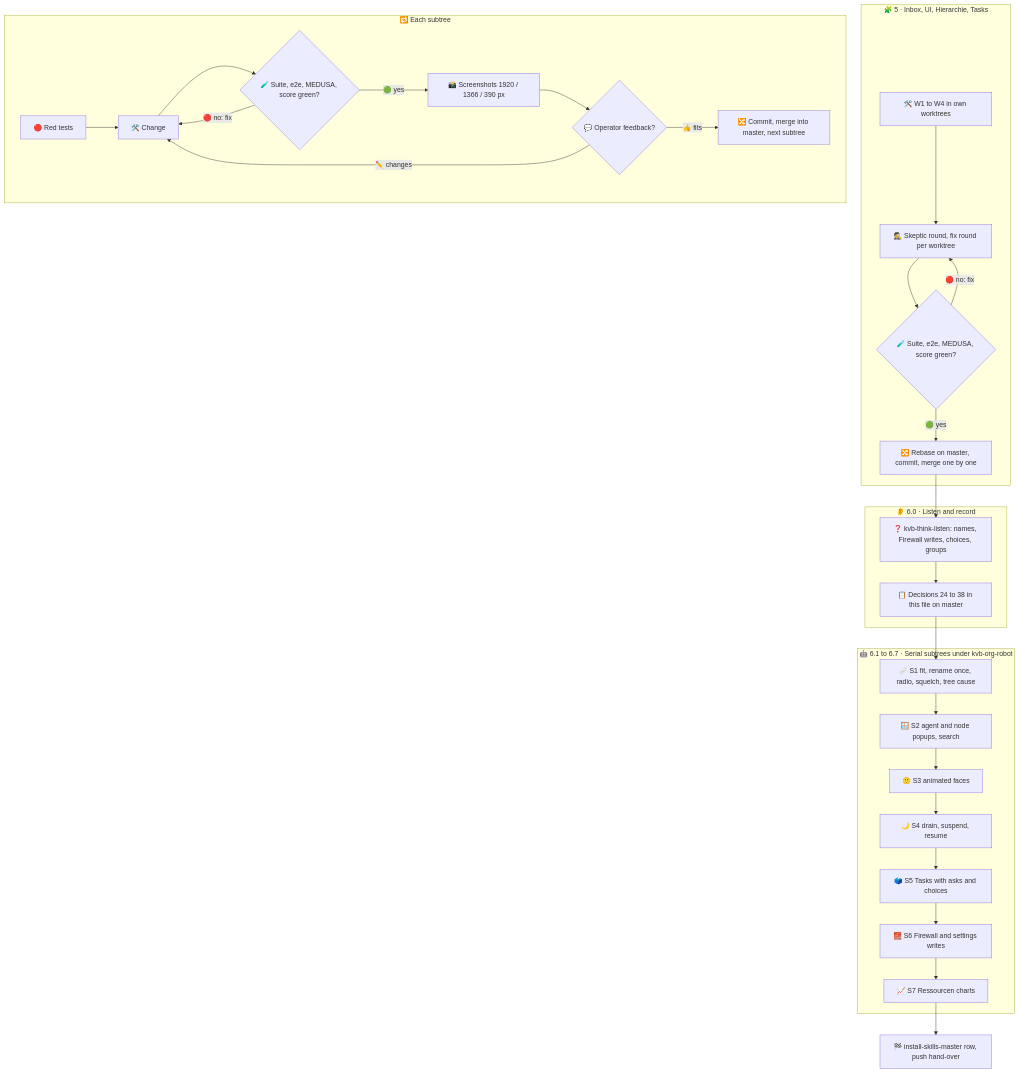
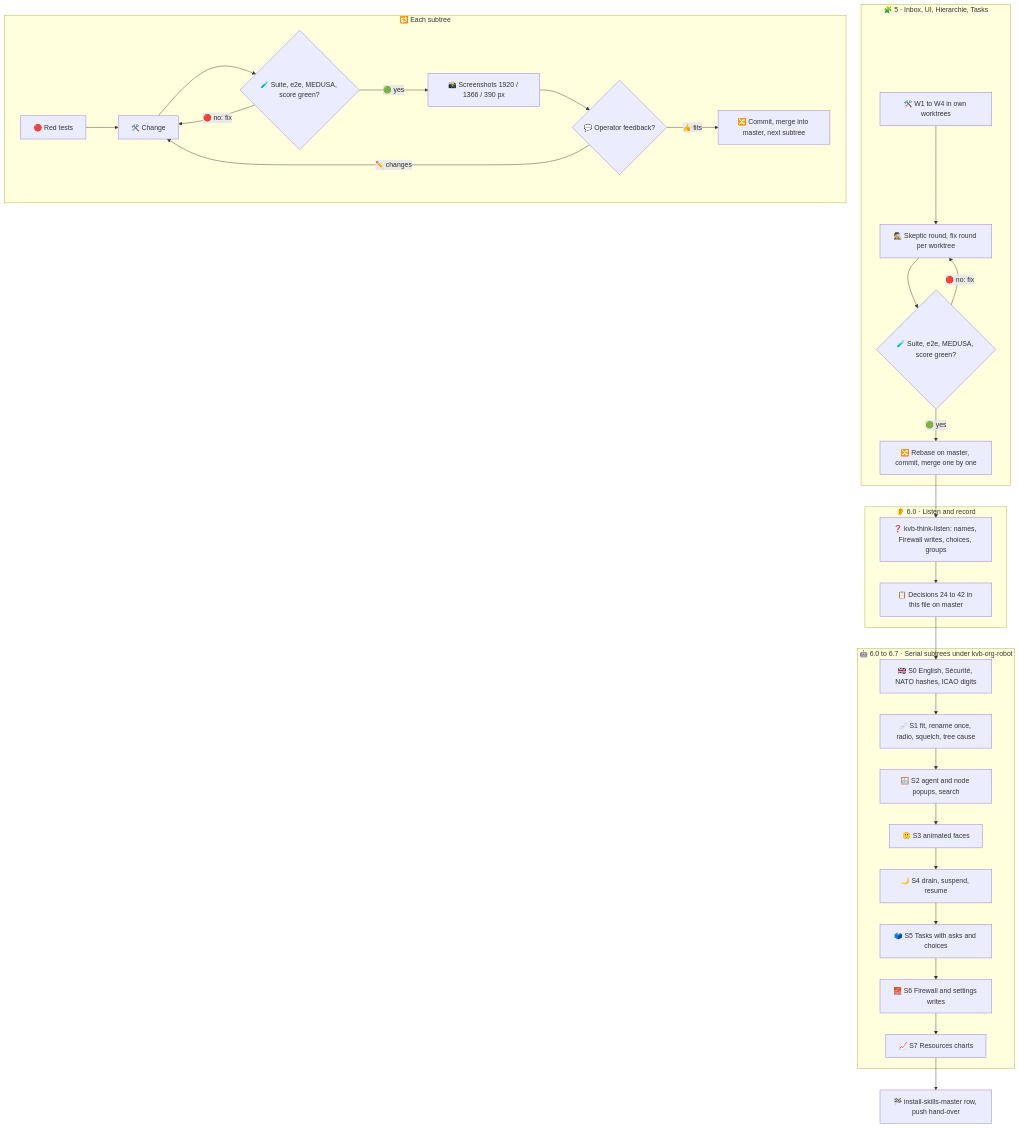
Before and after one commit to kevinveenbirkenbach/skills: the second of 2 diagrams in docs/requirements/001-agent-orchestrator.md, drawn with Mermaid. The commit also changed other lines of this file, not shown here.

First line of the commit message:
docs(requirements): add English and radio speech as subtree S0 of 001

````diff
--- a/docs/requirements/001-agent-orchestrator.md
+++ b/docs/requirements/001-agent-orchestrator.md
@@ -259,32 +276,33 @@
 ```mermaid
 flowchart TD
     subgraph W["🧩 5 · Inbox, UI, Hierarchie, Tasks"]
         W1["🛠️ W1 to W4 in own worktrees"] --> W2["🕵️ Skeptic round, fix round per worktree"]
         W2 --> W3{"🧪 Suite, e2e, MEDUSA, score green?"}
         W3 -- "🔴 no: fix" --> W2
         W3 -- "🟢 yes" --> W4["🔀 Rebase on master, commit, merge one by one"]
     end
     W4 --> L1
     subgraph L["👂 6.0 · Listen and record"]
-        L1["❓ kvb-think-listen: names, Firewall writes, choices, groups"] --> L2["📋 Decisions 24 to 38 in this file on master"]
+        L1["❓ kvb-think-listen: names, Firewall writes, choices, groups"] --> L2["📋 Decisions 24 to 42 in this file on master"]
     end
-    L2 --> S1
-    subgraph S["🤖 6.1 to 6.7 · Serial subtrees under kvb-org-robot"]
-        S1["🩹 S1 fit, rename once, radio, squelch, tree cause"] --> S2["🪟 S2 agent and node popups, search"]
+    L2 --> S0
+    subgraph S["🤖 6.0 to 6.7 · Serial subtrees under kvb-org-robot"]
+        S0["🇬🇧 S0 English, Sécurité, NATO hashes, ICAO digits"] --> S1["🩹 S1 fit, rename once, radio, squelch, tree cause"]
+        S1 --> S2["🪟 S2 agent and node popups, search"]
         S2 --> S3["🙂 S3 animated faces"]
         S3 --> S4["🌙 S4 drain, suspend, resume"]
         S4 --> S5["🗳️ S5 Tasks with asks and choices"]
         S5 --> S6["🧱 S6 Firewall and settings writes"]
-        S6 --> S7["📈 S7 Ressourcen charts"]
+        S6 --> S7["📈 S7 Resources charts"]
     end
     subgraph G["🔁 Each subtree"]
         G1["🔴 Red tests"] --> G2["🛠️ Change"]
         G2 --> G3{"🧪 Suite, e2e, MEDUSA, score green?"}
         G3 -- "🔴 no: fix" --> G2
         G3 -- "🟢 yes" --> G4["📸 Screenshots 1920 / 1366 / 390 px"]
         G4 --> GF{"💬 Operator feedback?"}
         GF -- "✏️ changes" --> G2
         GF -- "👍 fits" --> G5["🔀 Commit, merge into master, next subtree"]
     end
     S7 --> D2["🏁 install-skills-master row, push hand-over"]
 ```
````
